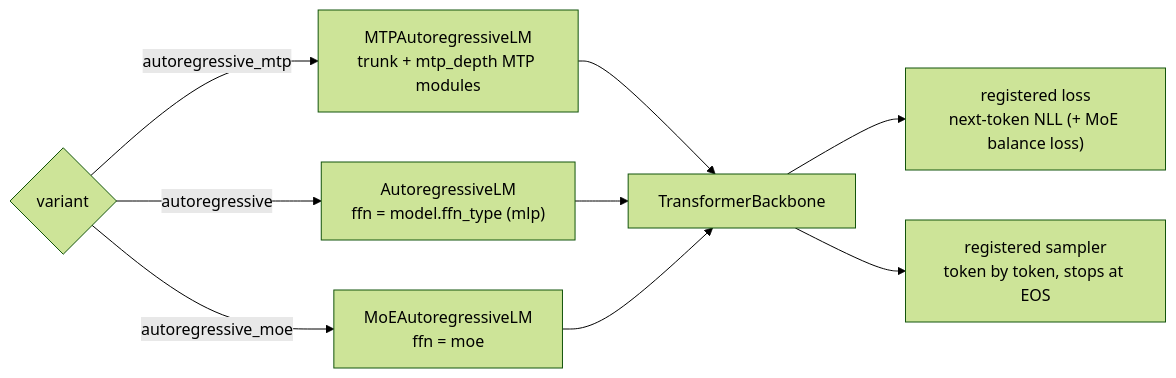
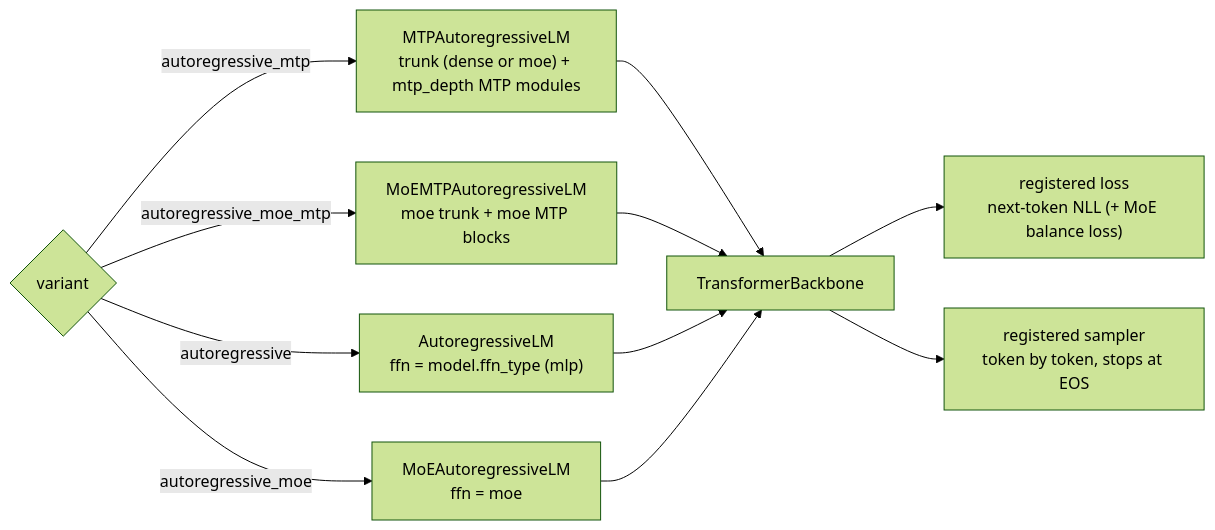
Before and after one commit to basaanithanaveenkumar/Hale-LLM: the first of 4 diagrams in docs/architecture.md, drawn with Mermaid (forest theme). The commit also changed other lines of this file and 40 other files, not shown here.

````diff
--- a/docs/architecture.md
+++ b/docs/architecture.md
@@ -7,11 +7,13 @@
 ```mermaid
 flowchart LR
   V{"variant"} -- autoregressive --> D["AutoregressiveLM<br/>ffn = model.ffn_type (mlp)"]
   V -- autoregressive_moe --> M["MoEAutoregressiveLM<br/>ffn = moe"]
-  V -- autoregressive_mtp --> P["MTPAutoregressiveLM<br/>trunk + mtp_depth MTP modules"]
+  V -- autoregressive_mtp --> P["MTPAutoregressiveLM<br/>trunk (dense or moe) + mtp_depth MTP modules"]
+  V -- autoregressive_moe_mtp --> Q["MoEMTPAutoregressiveLM<br/>moe trunk + moe MTP blocks"]
   P --> B
+  Q --> B
   D --> B["TransformerBackbone"]
   M --> B
   B --> L["registered loss<br/>next-token NLL (+ MoE balance loss)"]
   B --> S["registered sampler<br/>token by token, stops at EOS"]
 ```
````
